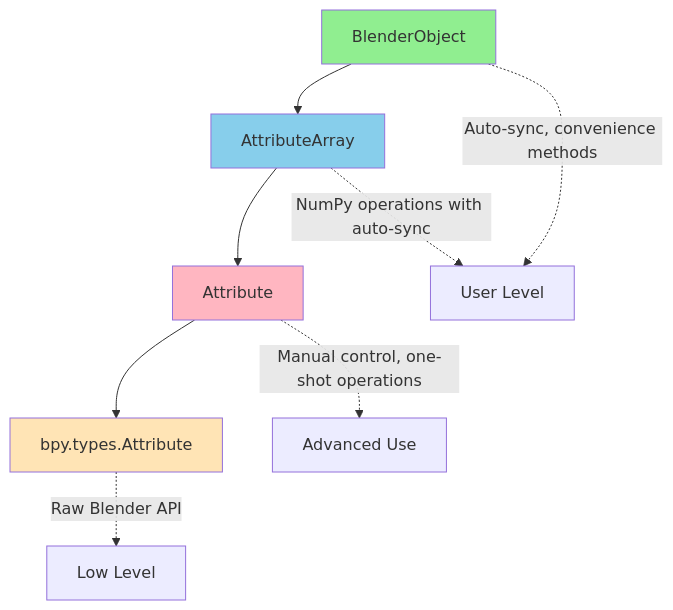
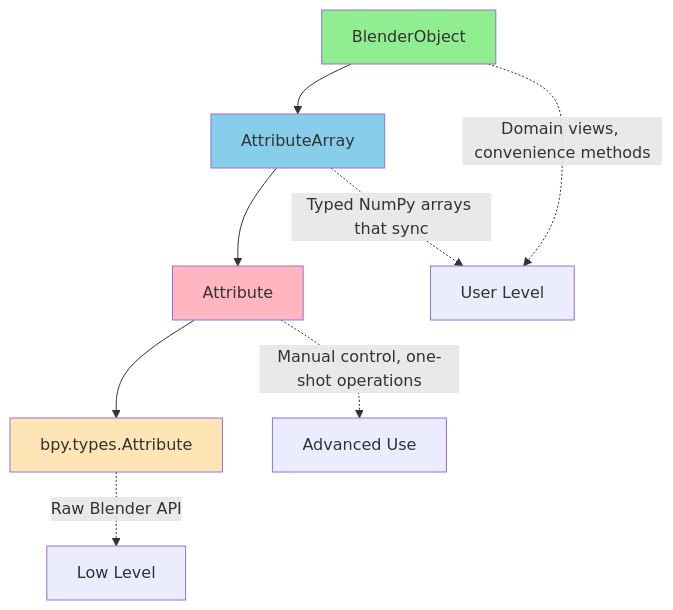
Before and after one commit to BradyAJohnston/databpy: the diagram in docs/attributes.qmd, drawn with Mermaid. The commit also changed other lines of this file and 8 other files, not shown here.

First line of the commit message:
Document domain views and typed arrays; rename short2 and byte_color

````diff
--- a/docs/attributes.qmd
+++ b/docs/attributes.qmd
@@ -22,16 +252,16 @@
 ```{mermaid}
 flowchart TD
     A[BlenderObject] --> B[AttributeArray]
     B --> C[Attribute]
     C --> D[bpy.types.Attribute]
 
-    A -.->|"Auto-sync, convenience methods"| E[User Level]
-    B -.->|"NumPy operations with auto-sync"| E
+    A -.->|"Domain views, convenience methods"| E[User Level]
+    B -.->|"Typed NumPy arrays that sync"| E
     C -.->|"Manual control, one-shot operations"| F[Advanced Use]
     D -.->|"Raw Blender API"| G[Low Level]
 
     style A fill:#90EE90
     style B fill:#87CEEB
     style C fill:#FFB6C1
     style D fill:#FFE4B5
 ```
````
